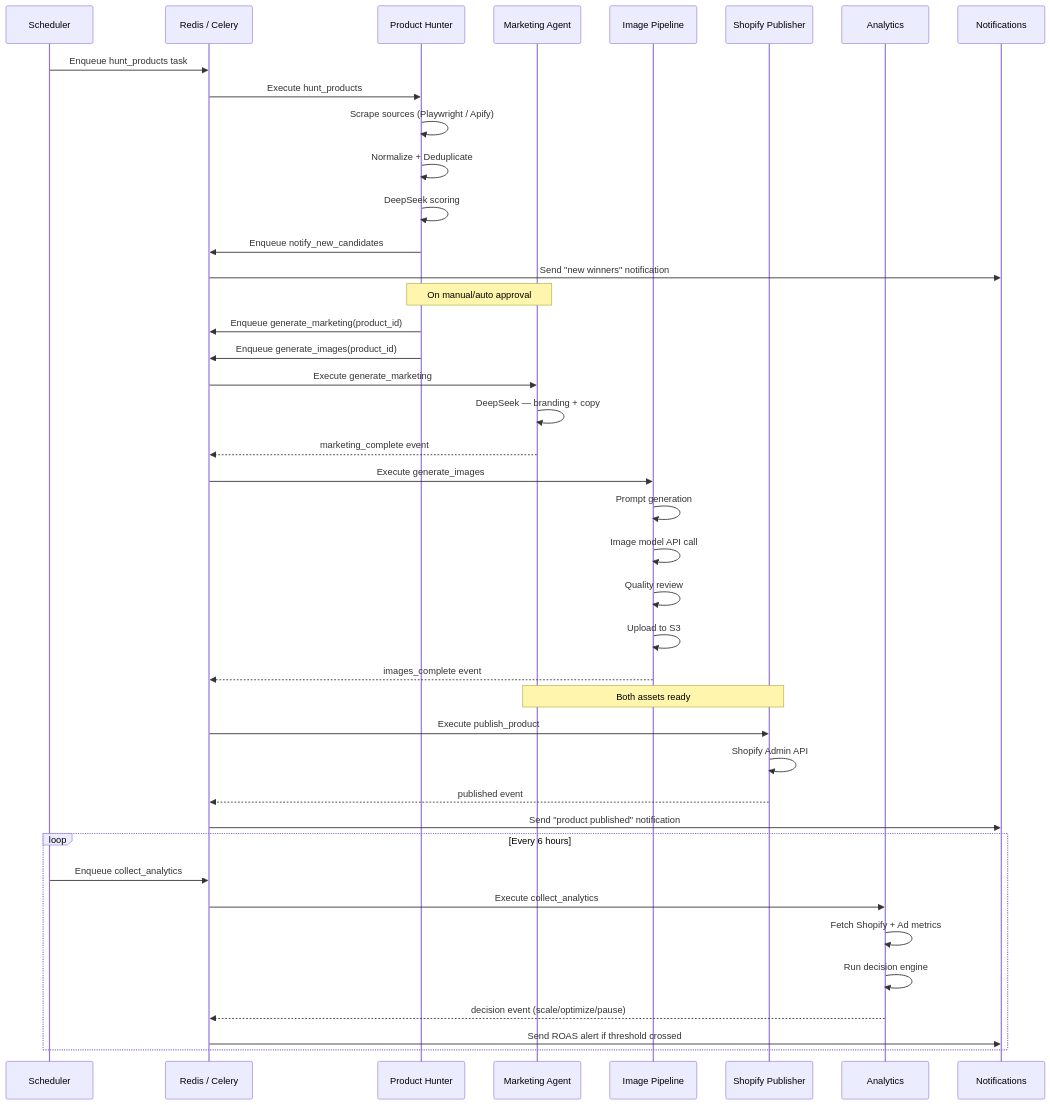
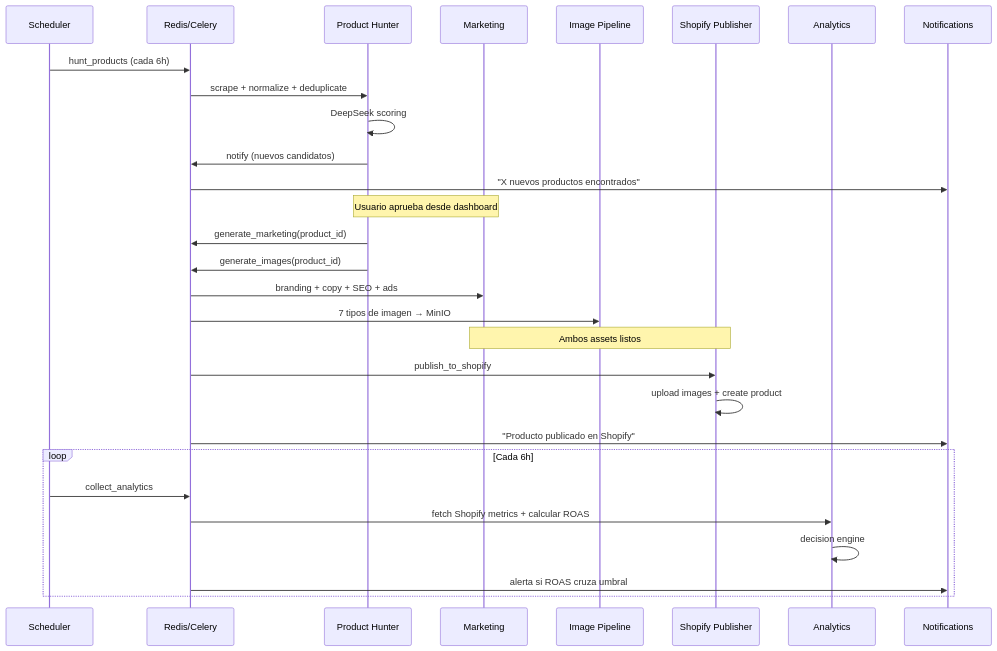
The third of 5 diagrams in ARCHITECTURE.md (mateoricci0/AutoShop), drawn with Mermaid before and after one commit. The commit also changed other lines of this file and 4 other files, not shown here.

First line of the commit message:
refactor: simplify architecture for personal use

````diff
--- a/ARCHITECTURE.md
+++ b/ARCHITECTURE.md
@@ -137,51 +118,37 @@
 ```mermaid
 sequenceDiagram
     participant SCH as Scheduler
-    participant MQ as Redis / Celery
+    participant MQ as Redis/Celery
     participant PH as Product Hunter
-    participant MA as Marketing Agent
+    participant MA as Marketing
     participant IP as Image Pipeline
     participant SP as Shopify Publisher
     participant AN as Analytics
     participant NO as Notifications
 
-    SCH->>MQ: Enqueue hunt_products task
-    MQ->>PH: Execute hunt_products
-    PH->>PH: Scrape sources (Playwright / Apify)
-    PH->>PH: Normalize + Deduplicate
+    SCH->>MQ: hunt_products (cada 6h)
+    MQ->>PH: scrape + normalize + deduplicate
     PH->>PH: DeepSeek scoring
-    PH->>MQ: Enqueue notify_new_candidates
-    MQ->>NO: Send "new winners" notification
+    PH->>MQ: notify (nuevos candidatos)
+    MQ->>NO: "X nuevos productos encontrados"
 
-    Note over PH,MA: On manual/auto approval
+    Note over PH,MA: Usuario aprueba desde dashboard
 
-    PH->>MQ: Enqueue generate_marketing(product_id)
-    PH->>MQ: Enqueue generate_images(product_id)
+    PH->>MQ: generate_marketing(product_id)
+    PH->>MQ: generate_images(product_id)
+    MQ->>MA: branding + copy + SEO + ads
+    MQ->>IP: 7 tipos de imagen → MinIO
 
-    MQ->>MA: Execute generate_marketing
-    MA->>MA: DeepSeek — branding + copy
-    MA-->>MQ: marketing_complete event
+    Note over MA,SP: Ambos assets listos
 
-    MQ->>IP: Execute generate_images
-    IP->>IP: Prompt generation
-    IP->>IP: Image model API call
-    IP->>IP: Quality review
-    IP->>IP: Upload to S3
-    IP-->>MQ: images_complete event
+    MQ->>SP: publish_to_shopify
+    SP->>SP: upload images + create product
+    MQ->>NO: "Producto publicado en Shopify"
 
-    Note over MA,SP: Both assets ready
-
-    MQ->>SP: Execute publish_product
-    SP->>SP: Shopify Admin API
-    SP-->>MQ: published event
-    MQ->>NO: Send "product published" notification
-
-    loop Every 6 hours
-        SCH->>MQ: Enqueue collect_analytics
-        MQ->>AN: Execute collect_analytics
-        AN->>AN: Fetch Shopify + Ad metrics
-        AN->>AN: Run decision engine
-        AN-->>MQ: decision event (scale/optimize/pause)
-        MQ->>NO: Send ROAS alert if threshold crossed
+    loop Cada 6h
+        SCH->>MQ: collect_analytics
+        MQ->>AN: fetch Shopify metrics + calcular ROAS
+        AN->>AN: decision engine
+        MQ->>NO: alerta si ROAS cruza umbral
     end
 ```
````
